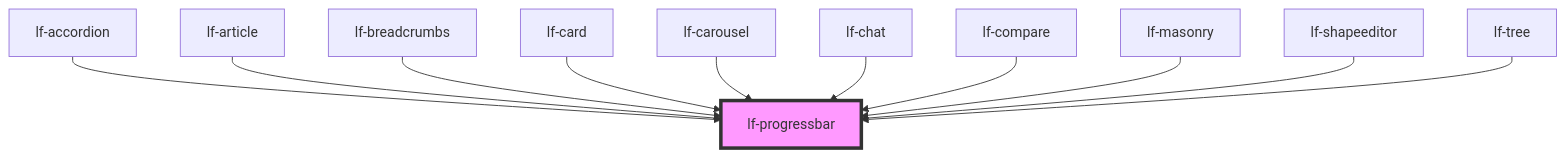
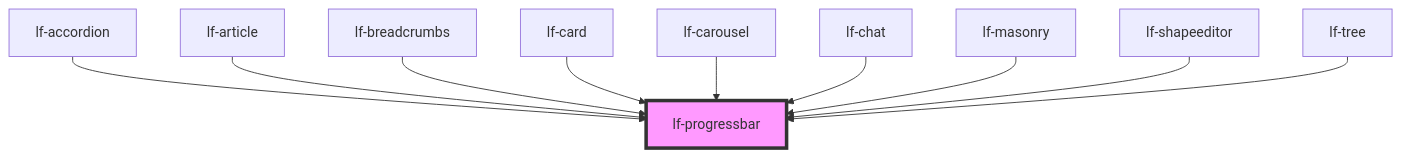
One commit to lucafoscili/lf-widgets changed the diagram in packages/core/src/components/lf-progressbar/readme.md. Above: the diagram before and after it, drawn with Mermaid. The commit also changed other lines of this file and 191 other files, not shown here.

First line of the commit message:
chore: Refactor to functional component architecture for UI

````diff
--- a/packages/core/src/components/lf-progressbar/readme.md
+++ b/packages/core/src/components/lf-progressbar/readme.md
@@ -120,14 +119,13 @@
 ```mermaid
 graph TD;
   lf-accordion --> lf-progressbar
   lf-article --> lf-progressbar
   lf-breadcrumbs --> lf-progressbar
   lf-card --> lf-progressbar
   lf-carousel --> lf-progressbar
   lf-chat --> lf-progressbar
-  lf-compare --> lf-progressbar
   lf-masonry --> lf-progressbar
   lf-shapeeditor --> lf-progressbar
   lf-tree --> lf-progressbar
   style lf-progressbar fill:#f9f,stroke:#333,stroke-width:4px
 ```
````
